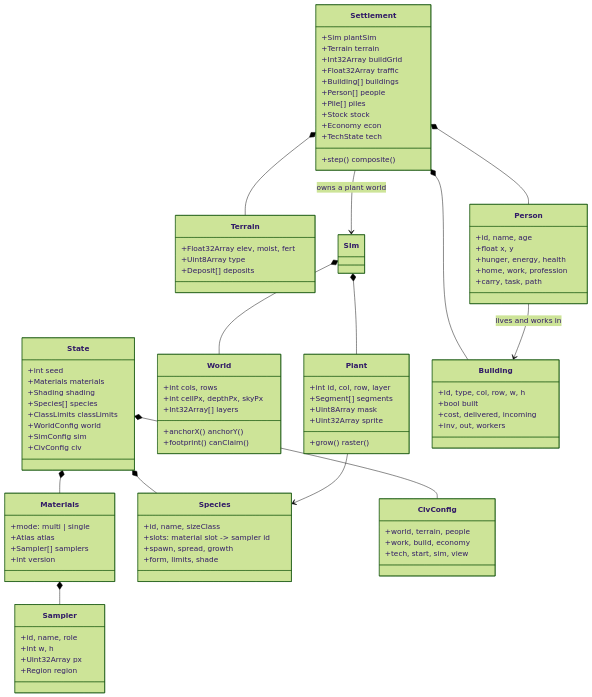
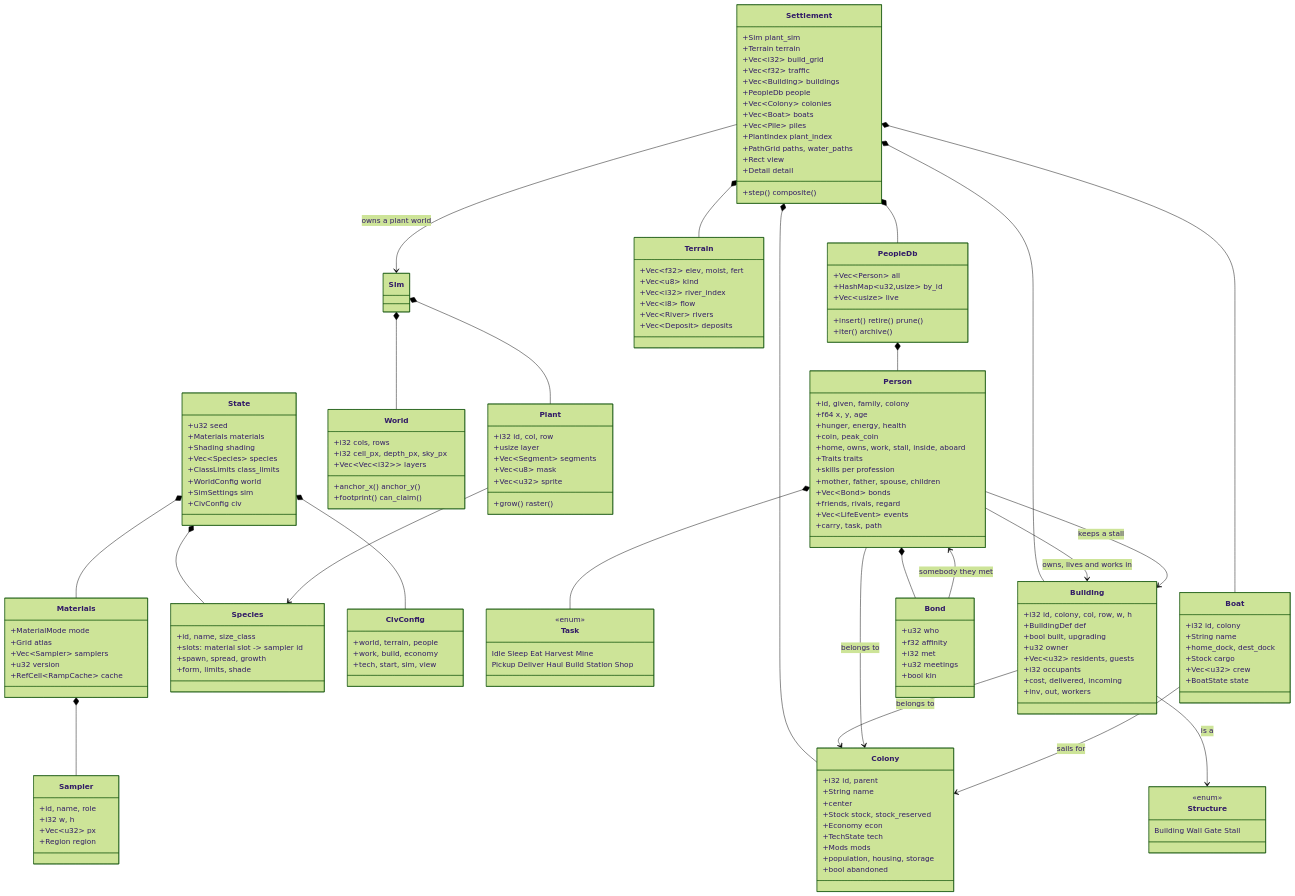
The fourth of 29 diagrams in ARCHITECTURE.md (tmpk13/grow), drawn with Mermaid (forest theme) before and after one commit. The commit also changed other lines of this file and 55 other files, not shown here.

````diff
--- a/ARCHITECTURE.md
+++ b/ARCHITECTURE.md
@@ -106,50 +173,52 @@
 ```mermaid
 classDiagram
   class State {
-    +int seed
+    +u32 seed
     +Materials materials
     +Shading shading
-    +Species[] species
-    +ClassLimits classLimits
+    +Vec~Species~ species
+    +ClassLimits class_limits
     +WorldConfig world
-    +SimConfig sim
+    +SimSettings sim
     +CivConfig civ
   }
 
   class Materials {
-    +mode: multi | single
-    +Atlas atlas
-    +Sampler[] samplers
-    +int version
+    +MaterialMode mode
+    +Grid atlas
+    +Vec~Sampler~ samplers
+    +u32 version
+    +RefCell~RampCache~ cache
   }
 
   class Sampler {
     +id, name, role
-    +int w, h
-    +Uint32Array px
+    +i32 w, h
+    +Vec~u32~ px
     +Region region
   }
 
   class Species {
-    +id, name, sizeClass
+    +id, name, size_class
     +slots: material slot -> sampler id
     +spawn, spread, growth
     +form, limits, shade
   }
 
   class World {
-    +int cols, rows
-    +int cellPx, depthPx, skyPx
-    +Int32Array[] layers
-    +anchorX() anchorY()
-    +footprint() canClaim()
+    +i32 cols, rows
+    +i32 cell_px, depth_px, sky_px
+    +Vec~Vec~i32~~ layers
+    +anchor_x() anchor_y()
+    +footprint() can_claim()
   }
 
   class Plant {
-    +int id, col, row, layer
-    +Segment[] segments
-    +Uint8Array mask
-    +Uint32Array sprite
+    +i32 id, col, row
+    +usize layer
+    +Vec~Segment~ segments
+    +Vec~u8~ mask
+    +Vec~u32~ sprite
     +grow() raster()
   }
 
@@ -159,39 +228,104 @@
     +tech, start, sim, view
   }
 
+  class Task {
+    <<enum>>
+    Idle Sleep Eat Harvest Mine
+    Pickup Deliver Haul Build Station Shop
+  }
+
+  class Structure {
+    <<enum>>
+    Building Wall Gate Stall
+  }
+
   class Settlement {
-    +Sim plantSim
+    +Sim plant_sim
     +Terrain terrain
-    +Int32Array buildGrid
-    +Float32Array traffic
-    +Building[] buildings
-    +Person[] people
-    +Pile[] piles
-    +Stock stock
-    +Economy econ
-    +TechState tech
+    +Vec~i32~ build_grid
+    +Vec~f32~ traffic
+    +Vec~Building~ buildings
+    +PeopleDb people
+    +Vec~Colony~ colonies
+    +Vec~Boat~ boats
+    +Vec~Pile~ piles
+    +PlantIndex plant_index
+    +PathGrid paths, water_paths
+    +Rect view
+    +Detail detail
     +step() composite()
   }
 
+  class Colony {
+    +i32 id, parent
+    +String name
+    +center
+    +Stock stock, stock_reserved
+    +Economy econ
+    +TechState tech
+    +Mods mods
+    +population, housing, storage
+    +bool abandoned
+  }
+
+  class PeopleDb {
+    +Vec~Person~ all
+    +HashMap~u32,usize~ by_id
+    +Vec~usize~ live
+    +insert() retire() prune()
+    +iter() archive()
+  }
+
+  class Boat {
+    +i32 id, colony
+    +String name
+    +home_dock, dest_dock
+    +Stock cargo
+    +Vec~u32~ crew
+    +BoatState state
+  }
+
   class Terrain {
-    +Float32Array elev, moist, fert
-    +Uint8Array type
-    +Deposit[] deposits
+    +Vec~f32~ elev, moist, fert
+    +Vec~u8~ kind
+    +Vec~i32~ river_index
+    +Vec~i8~ flow
+    +Vec~River~ rivers
+    +Vec~Deposit~ deposits
   }
 
   class Building {
-    +id, type, col, row, w, h
-    +bool built
+    +i32 id, colony, col, row, w, h
+    +BuildingDef def
+    +bool built, upgrading
+    +u32 owner
+    +Vec~u32~ residents, guests
+    +i32 occupants
     +cost, delivered, incoming
     +inv, out, workers
   }
 
   class Person {
-    +id, name, age
-    +float x, y
+    +id, given, family, colony
+    +f64 x, y, age
     +hunger, energy, health
-    +home, work, profession
+    +coin, peak_coin
+    +home, owns, work, stall, inside, aboard
+    +Traits traits
+    +skills per profession
+    +mother, father, spouse, children
+    +Vec~Bond~ bonds
+    +friends, rivals, regard
+    +Vec~LifeEvent~ events
     +carry, task, path
+  }
+
+  class Bond {
+    +u32 who
+    +f32 affinity
+    +i32 met
+    +u32 meetings
+    +bool kin
   }
 
   State *-- Materials
@@ -203,7 +337,18 @@
   Plant --> Species
   Settlement *-- Terrain
   Settlement *-- Building
-  Settlement *-- Person
+  Settlement *-- Colony
+  Settlement *-- PeopleDb
+  Settlement *-- Boat
+  PeopleDb *-- Person
+  Person *-- Bond
+  Person *-- Task
+  Bond --> Person : somebody they met
+  Building --> Structure : is a
   Settlement --> Sim : owns a plant world
-  Person --> Building : lives and works in
+  Building --> Colony : belongs to
+  Person --> Colony : belongs to
+  Person --> Building : owns, lives and works in
+  Person --> Building : keeps a stall
+  Boat --> Colony : sails for
 ```
````
